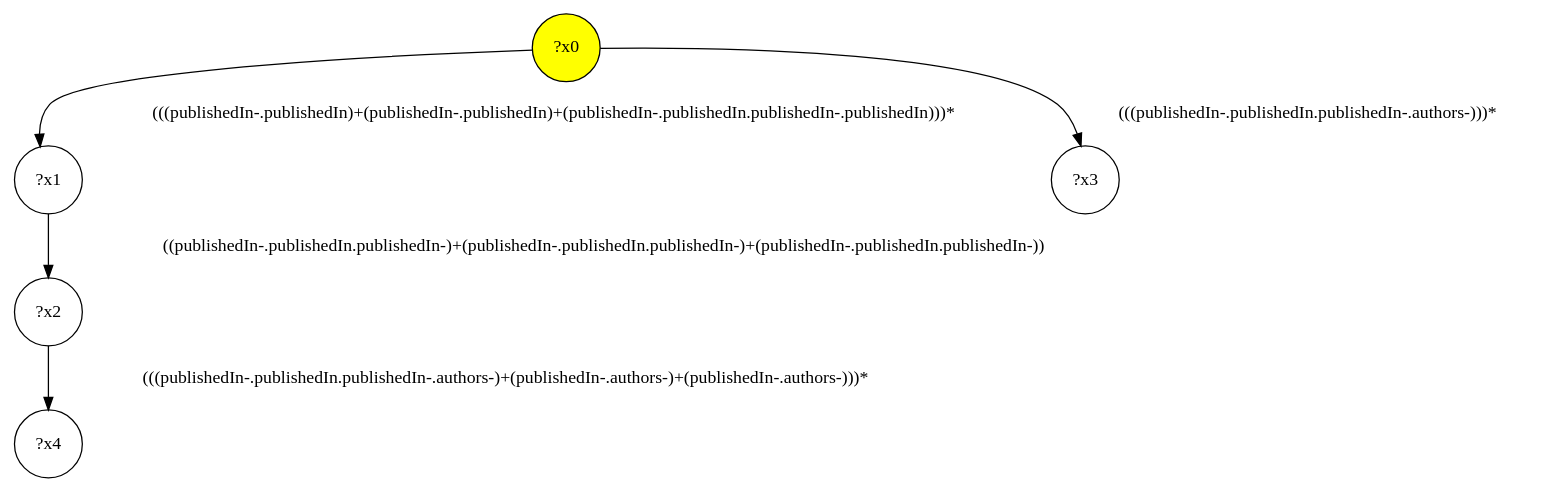
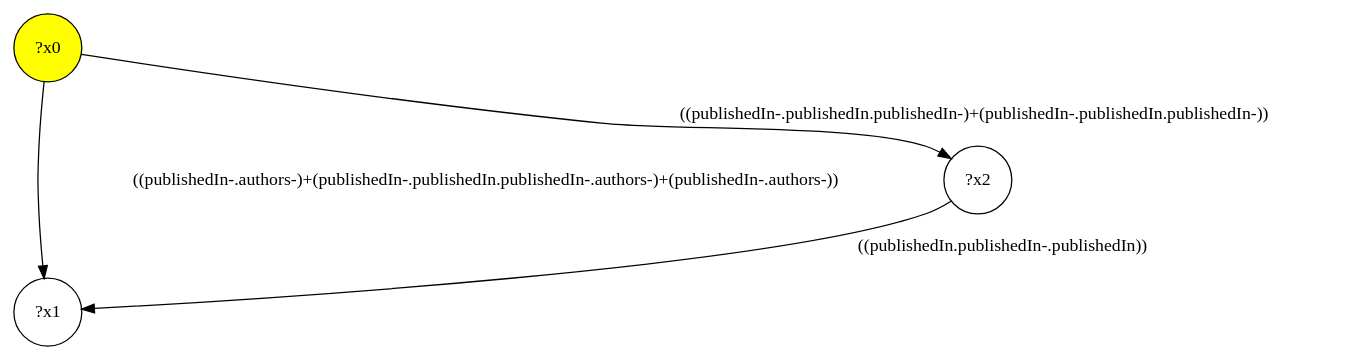
One commit to gbagan/gmark changed the diagram in src/queryinterface/interface-queries/query-43.dot. Above: the diagram before and after it, drawn with Graphviz. The commit also changed 150 other files, not shown here.

```diff
--- a/src/queryinterface/interface-queries/query-43.dot
+++ b/src/queryinterface/interface-queries/query-43.dot
@@ -1,11 +1,8 @@
 digraph g {
 	x0 [fillcolor="yellow", style="filled," shape=circle, label="?x0"];
 	x1 [shape=circle, label="?x1"];
-	x0 -> x1 [label="(((publishedIn-.publishedIn)+(publishedIn-.publishedIn)+(publishedIn-.publishedIn.publishedIn-.publishedIn)))*"];
+	x0 -> x1 [label="((publishedIn-.authors-)+(publishedIn-.publishedIn.publishedIn-.authors-)+(publishedIn-.authors-))"];
 	x2 [shape=circle, label="?x2"];
-	x1 -> x2 [label="((publishedIn-.publishedIn.publishedIn-)+(publishedIn-.publishedIn.publishedIn-)+(publishedIn-.publishedIn.publishedIn-))"];
-	x3 [shape=circle, label="?x3"];
-	x0 -> x3 [label="(((publishedIn-.publishedIn.publishedIn-.authors-)))*"];
-	x4 [shape=circle, label="?x4"];
-	x2 -> x4 [label="(((publishedIn-.publishedIn.publishedIn-.authors-)+(publishedIn-.authors-)+(publishedIn-.authors-)))*"];
+	x0 -> x2 [label="((publishedIn-.publishedIn.publishedIn-)+(publishedIn-.publishedIn.publishedIn-))"];
+	x2 -> x1 [label="((publishedIn.publishedIn-.publishedIn))"];
 }
```
